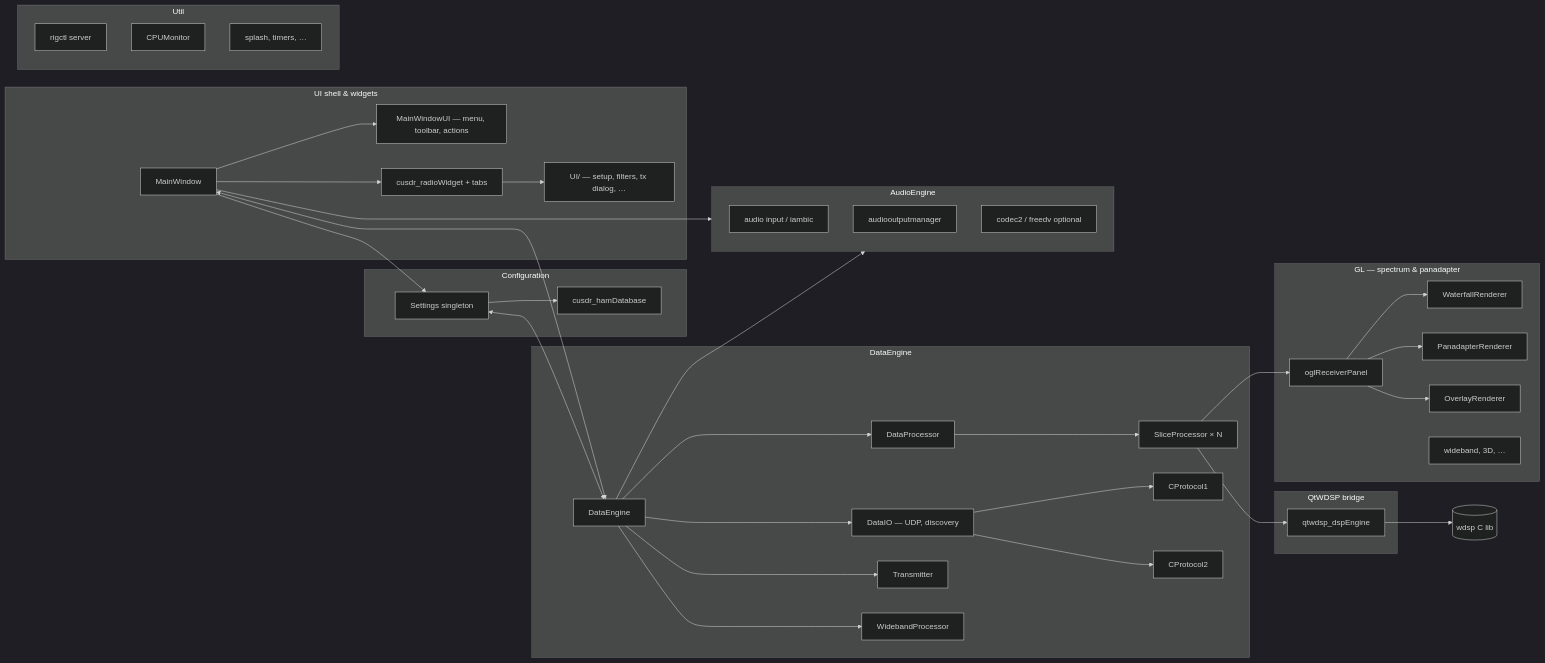
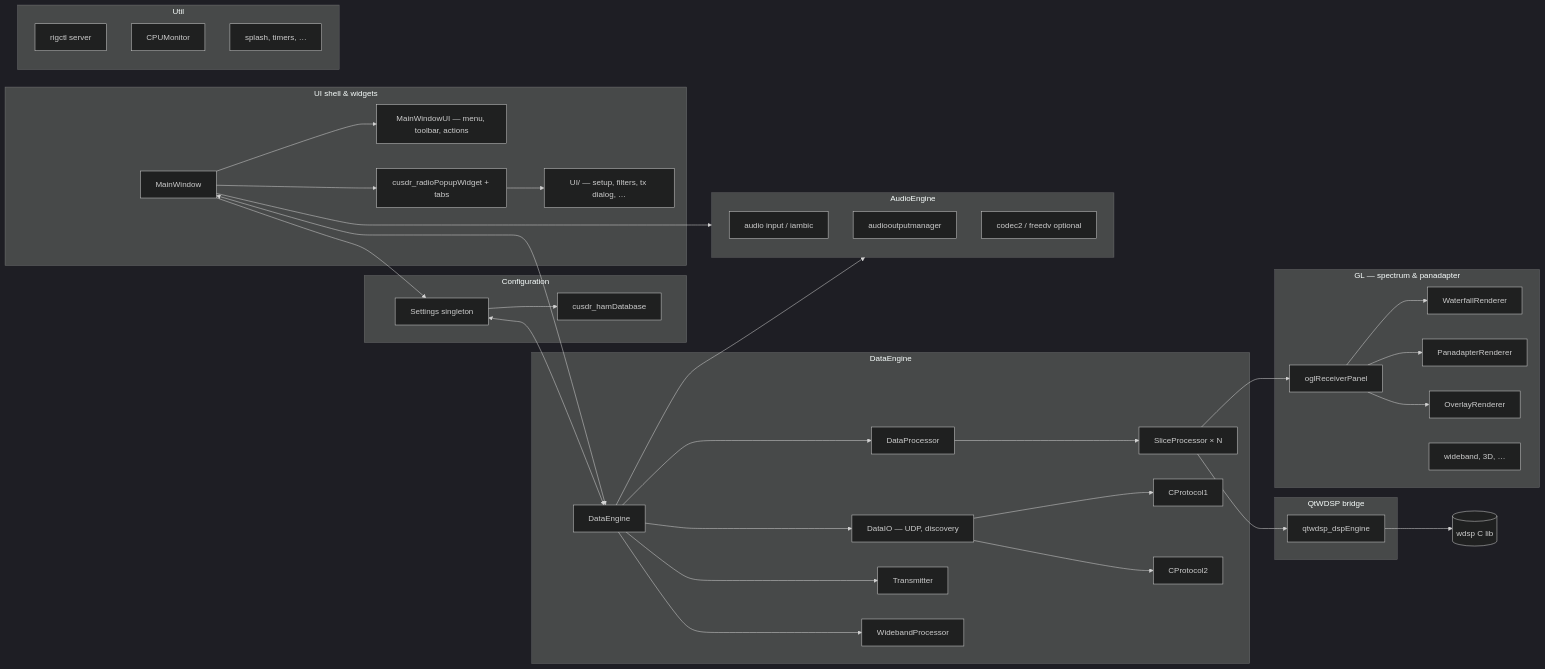
One commit to zl2brg/cudaSDR changed the second of 3 diagrams in Docs/codebase_architecture.md. Above: the diagram before and after it, drawn with Mermaid (dark theme). The commit also changed 20 other files, not shown here.

First line of the commit message:
feat(tx): align TX filter bandwidth with deskHPSDR and remove unused radio widget

````diff
--- a/Docs/codebase_architecture.md
+++ b/Docs/codebase_architecture.md
@@ -43,72 +43,72 @@
 ```mermaid
 flowchart LR
   subgraph UI["UI shell & widgets"]
     MW[MainWindow]
     MWUI[MainWindowUI — menu, toolbar, actions]
-    RW[cusdr_radioWidget + tabs]
+    RW[cusdr_radioPopupWidget + tabs]
     UIpkg[UI/ — setup, filters, tx dialog, …]
     MW --> MWUI
     MW --> RW
     RW --> UIpkg
   end
 
   subgraph CFG["Configuration"]
     SET[Settings singleton]
     HDB[cusdr_hamDatabase]
     MW --> SET
     SET --> HDB
   end
 
   subgraph DE["DataEngine"]
     DEng[DataEngine]
     DIO[DataIO — UDP, discovery]
     DProc[DataProcessor]
     SP[SliceProcessor × N]
     TX[Transmitter]
     P1[CProtocol1]
     P2[CProtocol2]
     WB[WidebandProcessor]
     DEng --> DIO
     DEng --> DProc
     DProc --> SP
     DEng --> TX
     DIO --> P1
     DIO --> P2
     DEng --> WB
   end
 
   subgraph DSPB["QtWDSP bridge"]
     QWDSP[qtwdsp_dspEngine]
     SP --> QWDSP
   end
 
   subgraph AE["AudioEngine"]
     AIN[audio input / iambic]
     AOUT[audiooutputmanager]
     CODEC[codec2 / freedv optional]
   end
 
   subgraph GL["GL — spectrum & panadapter"]
     RP[oglReceiverPanel]
     WR[WaterfallRenderer]
     PR[PanadapterRenderer]
     OR[OverlayRenderer]
     RP --> WR
     RP --> PR
     RP --> OR
     OGL[wideband, 3D, …]
   end
 
   subgraph UT["Util"]
     RIG[rigctl server]
     CPU[CPUMonitor]
     SPL[splash, timers, …]
   end
 
   SET <--> DEng
   MW <--> DEng
   SP --> RP
   DEng --> AE
   MW --> AE
   QWDSP --> WDSP[(wdsp C lib)]
 ```
````
